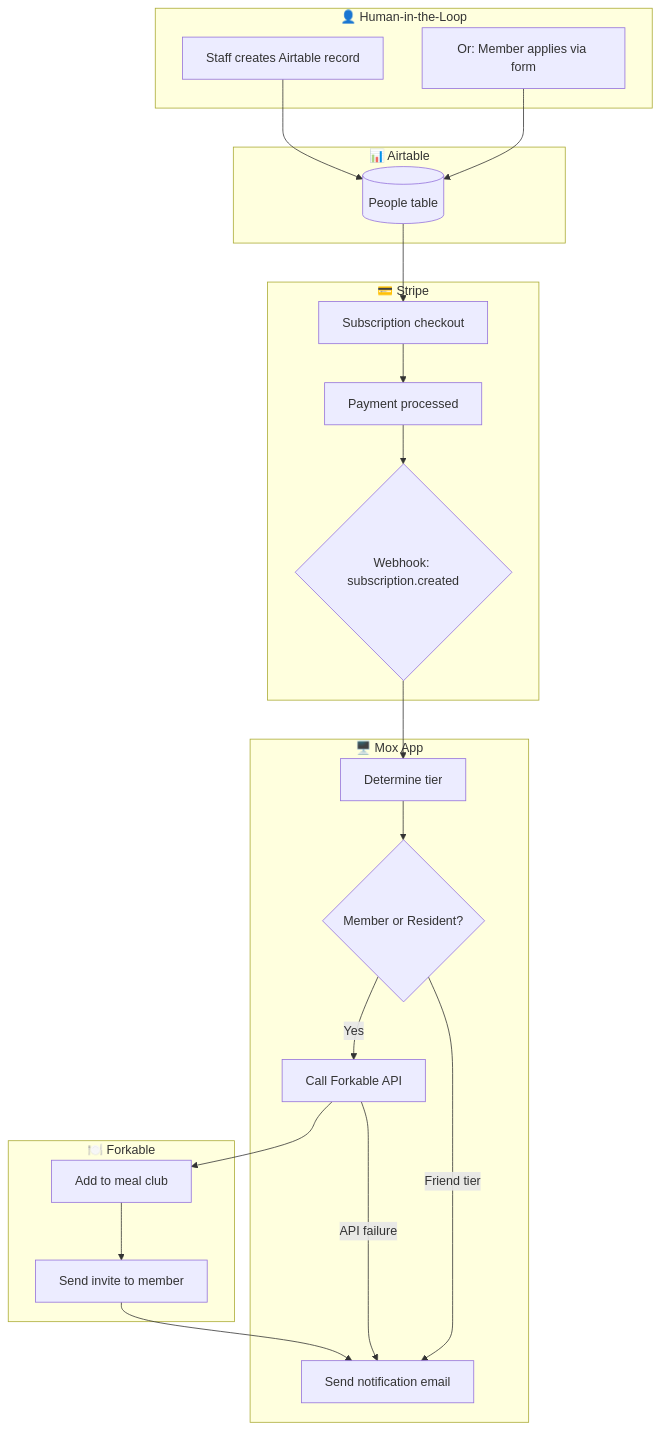
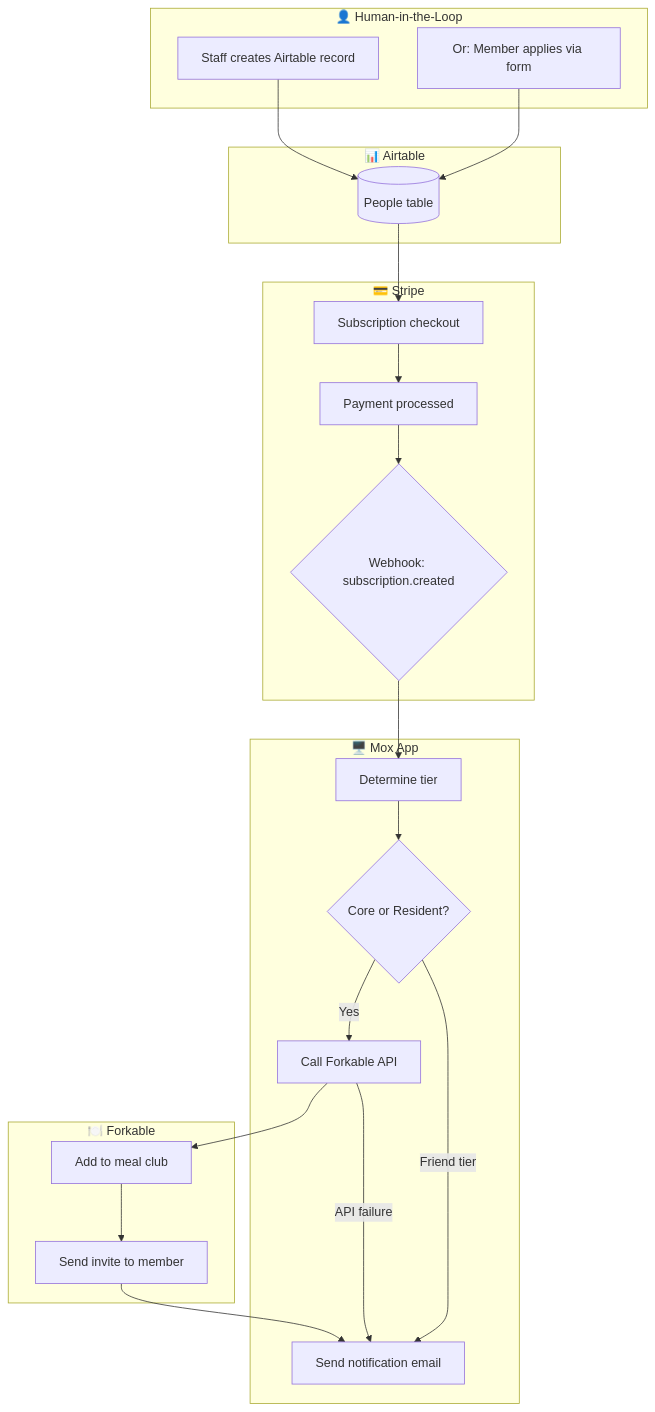
Before and after one commit to manifoldmarkets/mox-sf: the diagram in docs/workflows/member-onboarding.md, drawn with Mermaid. The commit also changed other lines of this file and 14 other files, not shown here.

First line of the commit message:
Rename Member tier to Core

````diff
--- a/docs/workflows/member-onboarding.md
+++ b/docs/workflows/member-onboarding.md
@@ -7,43 +7,43 @@
 ```mermaid
 flowchart TB
     subgraph Manual["👤 Human-in-the-Loop"]
         A1[Staff creates Airtable record]
         A2[Or: Member applies via form]
     end
 
     subgraph Airtable["📊 Airtable"]
         B1[(People table)]
     end
 
     subgraph Stripe["💳 Stripe"]
         C1[Subscription checkout]
         C2[Payment processed]
         C3{Webhook: subscription.created}
     end
 
     subgraph App["🖥️ Mox App"]
         D1[Determine tier]
-        D2{Member or Resident?}
+        D2{Core or Resident?}
         D3[Call Forkable API]
         D4[Send notification email]
     end
 
     subgraph Forkable["🍽️ Forkable"]
         E1[Add to meal club]
         E2[Send invite to member]
     end
 
     A1 --> B1
     A2 --> B1
     B1 --> C1
     C1 --> C2
     C2 --> C3
     C3 --> D1
     D1 --> D2
     D2 -->|Yes| D3
     D2 -->|Friend tier| D4
     D3 --> E1
     E1 --> E2
     E2 --> D4
     D3 -->|API failure| D4
 ```
````
